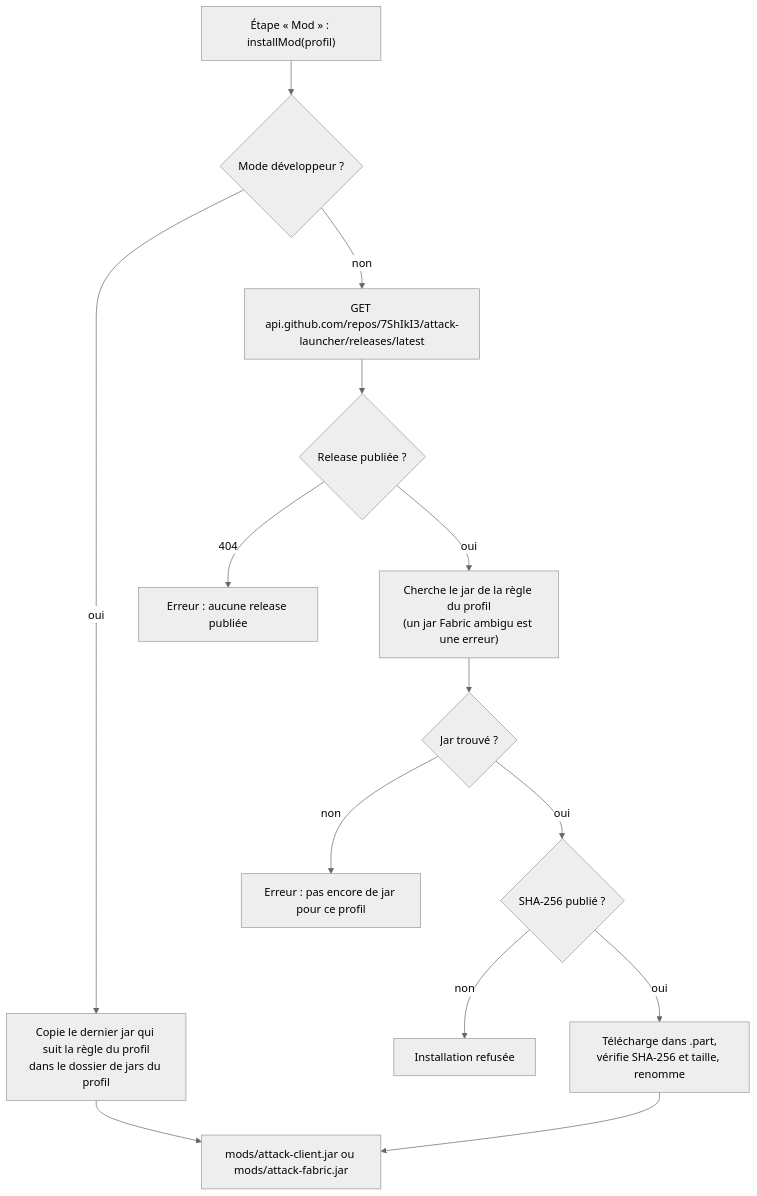
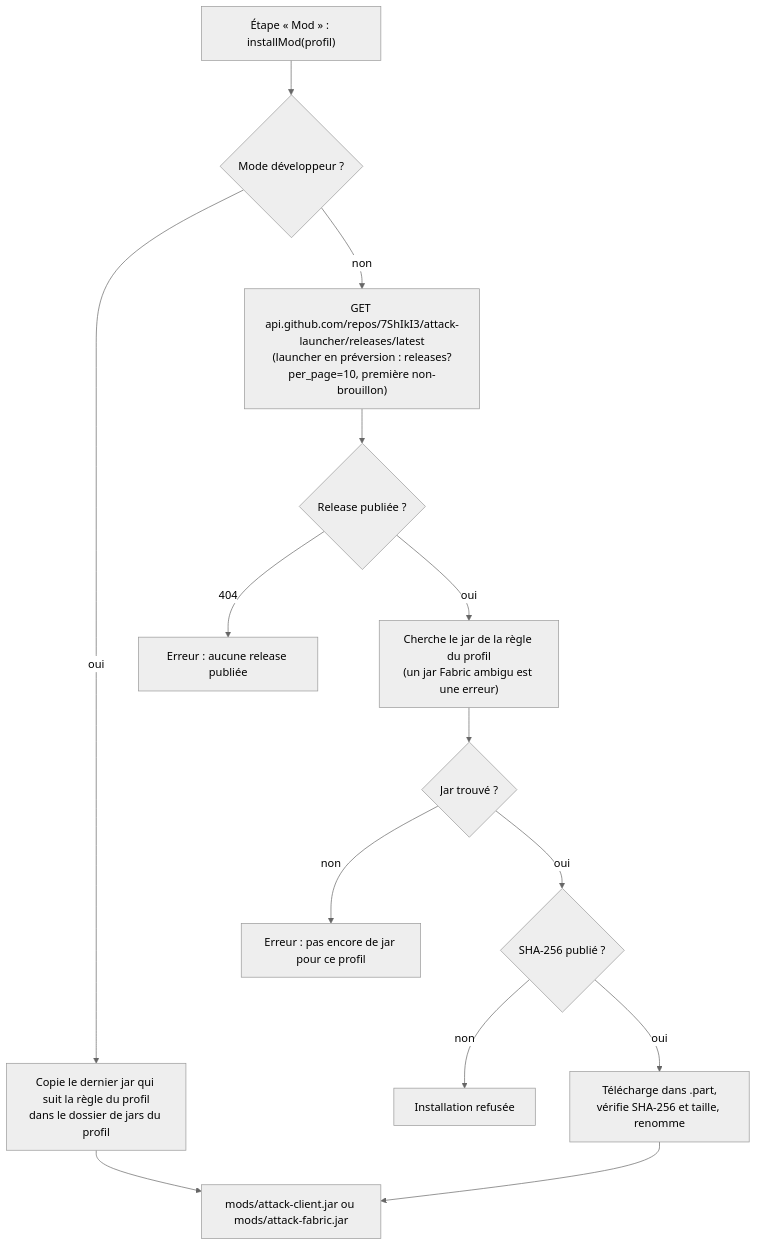
The second of 3 diagrams in docs/wiki/Installation-et-mises-a-jour.md (7ShIkI3/attack-launcher), drawn with Mermaid (neutral theme) before and after one commit. The commit also changed other lines of this file and 6 other files, not shown here.

First line of the commit message:
feat: canal bêta du mod, un launcher en préversion lit aussi les préversions GitHub

````diff
--- a/docs/wiki/Installation-et-mises-a-jour.md
+++ b/docs/wiki/Installation-et-mises-a-jour.md
@@ -193,16 +193,16 @@
 ```mermaid
 flowchart TD
   A["Étape « Mod » : installMod(profil)"] --> B{"Mode développeur ?"}
   B -->|oui| C["Copie le dernier jar qui suit la règle du profil<br>dans le dossier de jars du profil"]
-  B -->|non| D["GET api.github.com/repos/7ShIkI3/attack-launcher/releases/latest"]
+  B -->|non| D["GET api.github.com/repos/7ShIkI3/attack-launcher/releases/latest<br>(launcher en préversion : releases?per_page=10, première non-brouillon)"]
   D --> E{"Release publiée ?"}
   E -->|"404"| X["Erreur : aucune release publiée"]
   E -->|oui| F["Cherche le jar de la règle du profil<br>(un jar Fabric ambigu est une erreur)"]
   F --> J{"Jar trouvé ?"}
   J -->|non| W["Erreur : pas encore de jar pour ce profil"]
   J -->|oui| G{"SHA-256 publié ?"}
   G -->|non| Y["Installation refusée"]
   G -->|oui| H["Télécharge dans .part,<br>vérifie SHA-256 et taille, renomme"]
   C --> Z["mods/attack-client.jar ou mods/attack-fabric.jar"]
   H --> Z
 ```
````
